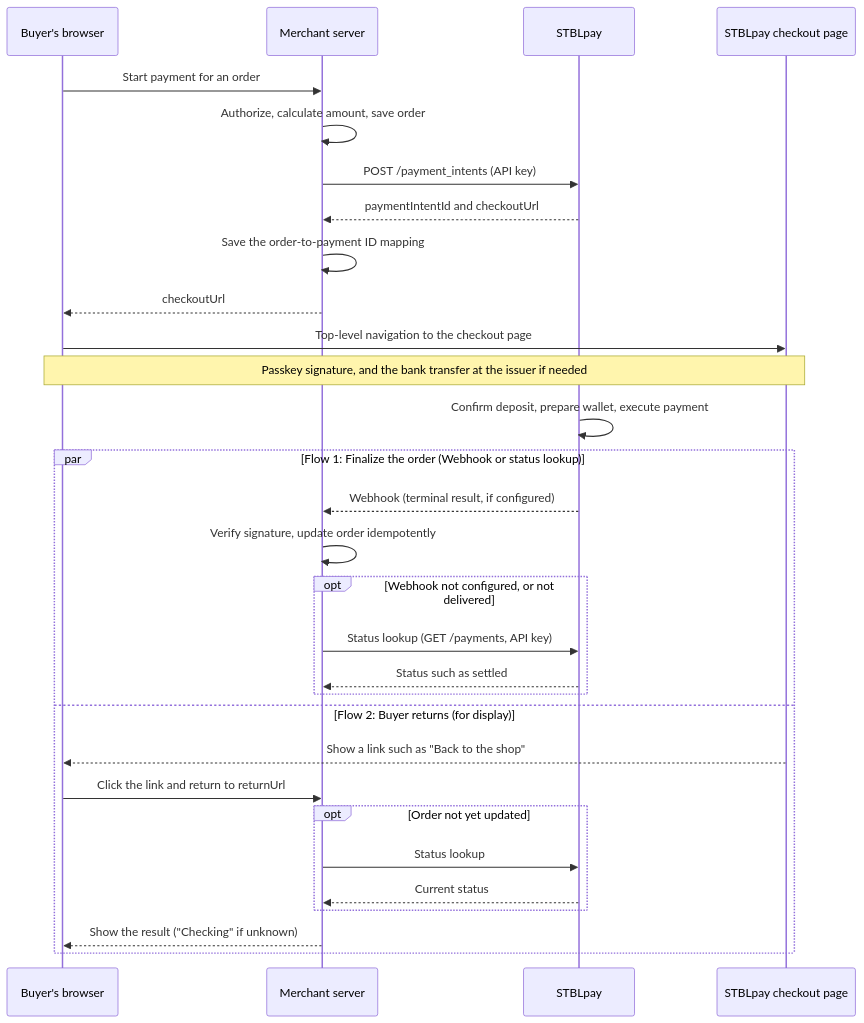
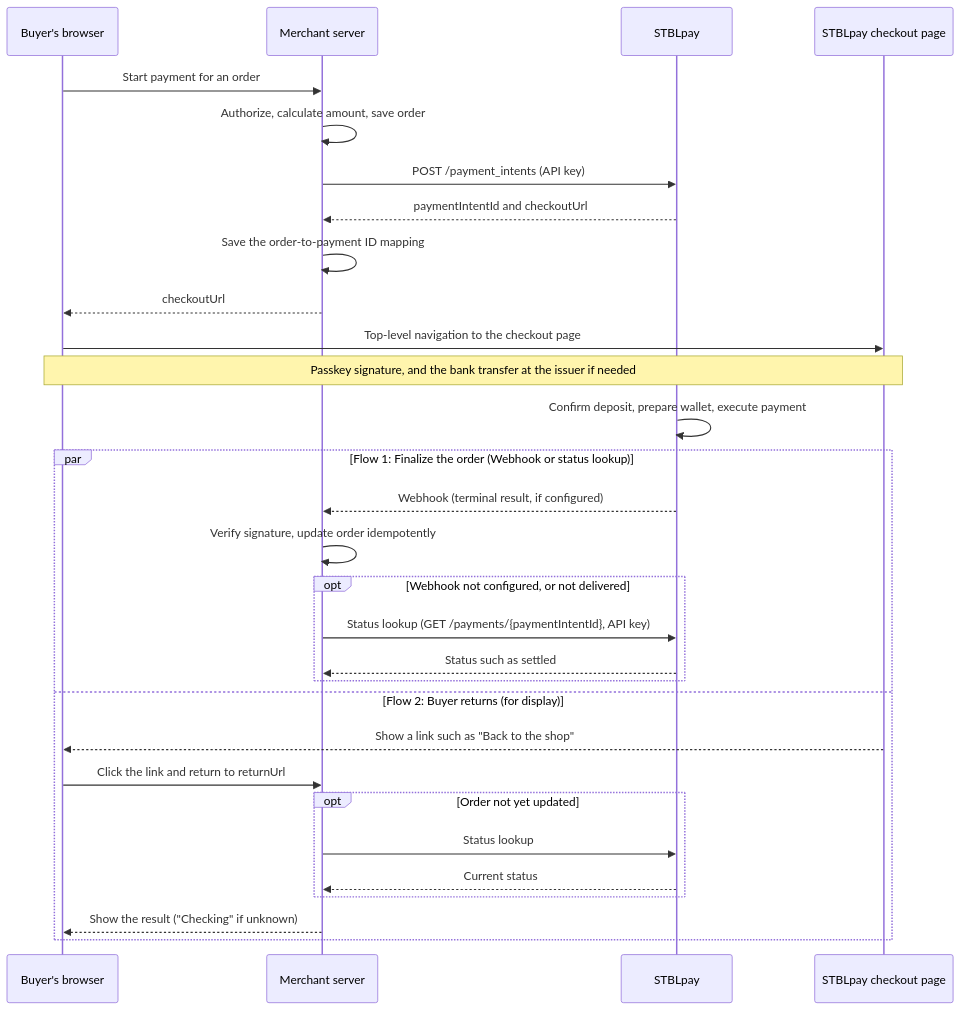
Before and after one commit to ango-ya/stbl-pay-site: the diagram in docs-site/i18n/en/docusaurus-plugin-content-docs/current/getting-started/payment-flow.md, drawn with Mermaid. The commit also changed other lines of this file and 2 other files, not shown here.

Commit message:
fix(docs): 決済フローの図の照会先に決済 ID を入れ、Sandbox 配備前の代わりの手段を図の下に書く
Refs ango-ya/stbl-pay#699

````diff
--- a/docs-site/i18n/en/docusaurus-plugin-content-docs/current/getting-started/payment-flow.md
+++ b/docs-site/i18n/en/docusaurus-plugin-content-docs/current/getting-started/payment-flow.md
@@ -12,32 +12,32 @@
 ```mermaid
 sequenceDiagram
     participant User as Buyer's browser
     participant Shop as Merchant server
     participant Pay as STBLpay
     participant Page as STBLpay checkout page
     User->>Shop: Start payment for an order
     Shop->>Shop: Authorize, calculate amount, save order
     Shop->>Pay: POST /payment_intents (API key)
     Pay-->>Shop: paymentIntentId and checkoutUrl
     Shop->>Shop: Save the order-to-payment ID mapping
     Shop-->>User: checkoutUrl
     User->>Page: Top-level navigation to the checkout page
     Note over User,Page: Passkey signature, and the bank transfer at the issuer if needed
     Pay->>Pay: Confirm deposit, prepare wallet, execute payment
     par Flow 1: Finalize the order (Webhook or status lookup)
         Pay-->>Shop: Webhook (terminal result, if configured)
         Shop->>Shop: Verify signature, update order idempotently
         opt Webhook not configured, or not delivered
-            Shop->>Pay: Status lookup (GET /payments, API key)
+            Shop->>Pay: Status lookup (GET /payments/{paymentIntentId}, API key)
             Pay-->>Shop: Status such as settled
         end
     and Flow 2: Buyer returns (for display)
         Page-->>User: Show a link such as "Back to the shop"
         User->>Shop: Click the link and return to returnUrl
         opt Order not yet updated
             Shop->>Pay: Status lookup
             Pay-->>Shop: Current status
         end
         Shop-->>User: Show the result ("Checking" if unknown)
     end
 ```
````
